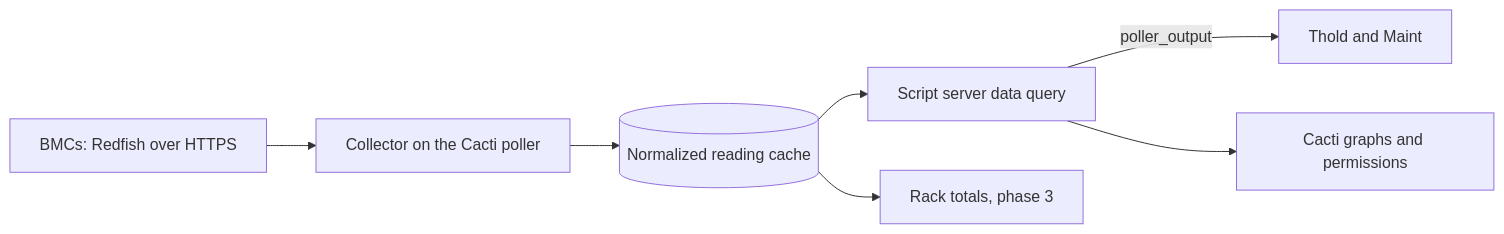
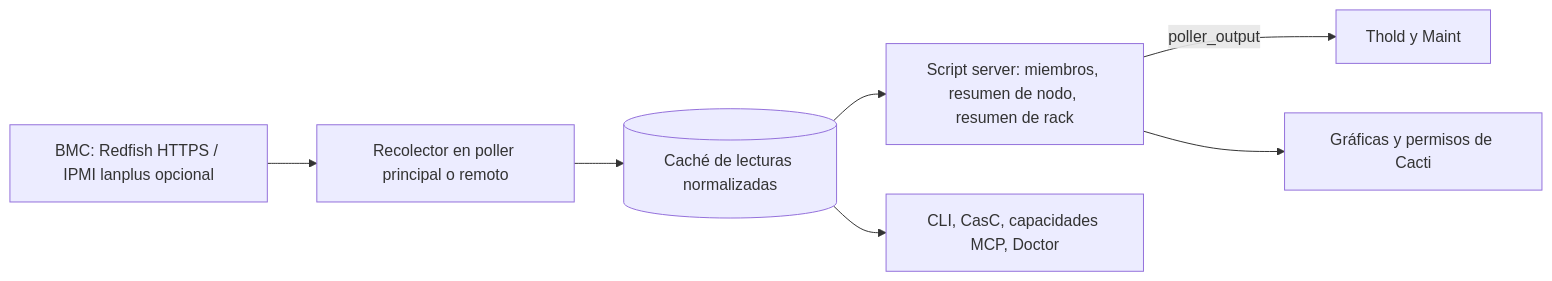
Before and after one commit to somethingwithproof/plugin_redfish: the diagram in docs/i18n/es-419/README.md, drawn with Mermaid. The commit also changed other lines of this file and 47 other files, not shown here.

````diff
--- a/docs/i18n/es-419/README.md
+++ b/docs/i18n/es-419/README.md
@@ -98,9 +140,9 @@
 ```mermaid
 flowchart LR
-    BMC[BMCs: Redfish over HTTPS] --> C[Collector on the Cacti poller]
-    C --> CACHE[(Normalized reading cache)]
-    CACHE --> SS[Script server data query]
-    SS -->|poller_output| T[Thold and Maint]
-    SS --> G[Cacti graphs and permissions]
-    CACHE --> R[Rack totals, phase 3]
+    BMC["BMC: Redfish HTTPS / IPMI lanplus opcional"] --> C["Recolector en poller principal o remoto"]
+    C --> CACHE[("Caché de lecturas normalizadas")]
+    CACHE --> SS["Script server: miembros, resumen de nodo, resumen de rack"]
+    SS -->|poller_output| T["Thold y Maint"]
+    SS --> G["Gráficas y permisos de Cacti"]
+    CACHE --> ECO["CLI, CasC, capacidades MCP, Doctor"]
 ```
````
